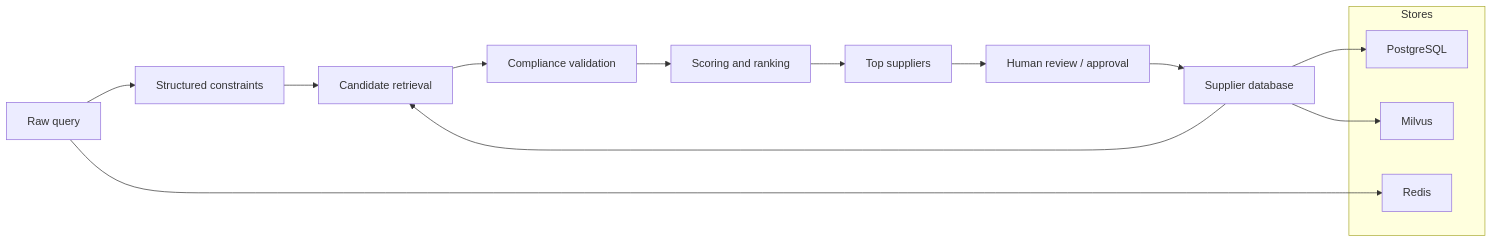
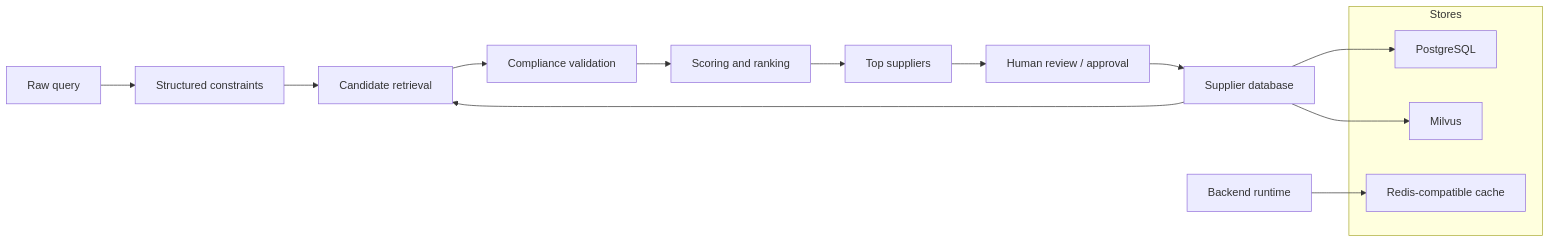
One commit to nitishkpandey/SupplierMind changed the second of 3 diagrams in docs/suppliermind-interview-preparation.md. Above: the diagram before and after it, drawn with Mermaid. The commit also changed other lines of this file and 21 other files, not shown here.

````diff
--- a/docs/suppliermind-interview-preparation.md
+++ b/docs/suppliermind-interview-preparation.md
@@ -159,21 +159,21 @@
 ```mermaid
 flowchart LR
     Q["Raw query"] --> C["Structured constraints"]
     C --> R["Candidate retrieval"]
     R --> V["Compliance validation"]
     V --> S["Scoring and ranking"]
     S --> O["Top suppliers"]
     O --> H["Human review / approval"]
     H --> D["Supplier database"]
     D --> R
 
     subgraph Stores
         PG["PostgreSQL"]
         MV["Milvus"]
-        REDIS["Redis"]
+        REDIS["Redis-compatible cache"]
     end
 
     D --> PG
     D --> MV
-    Q --> REDIS
+    API["Backend runtime"] --> REDIS
 ```
````
